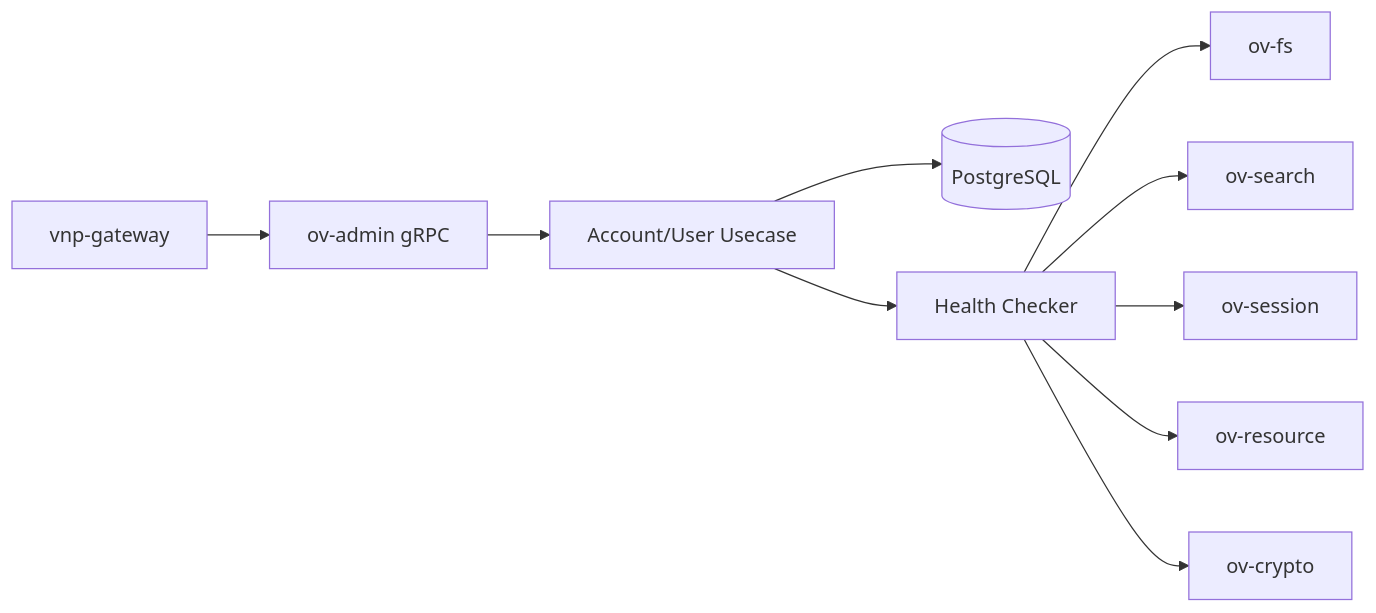
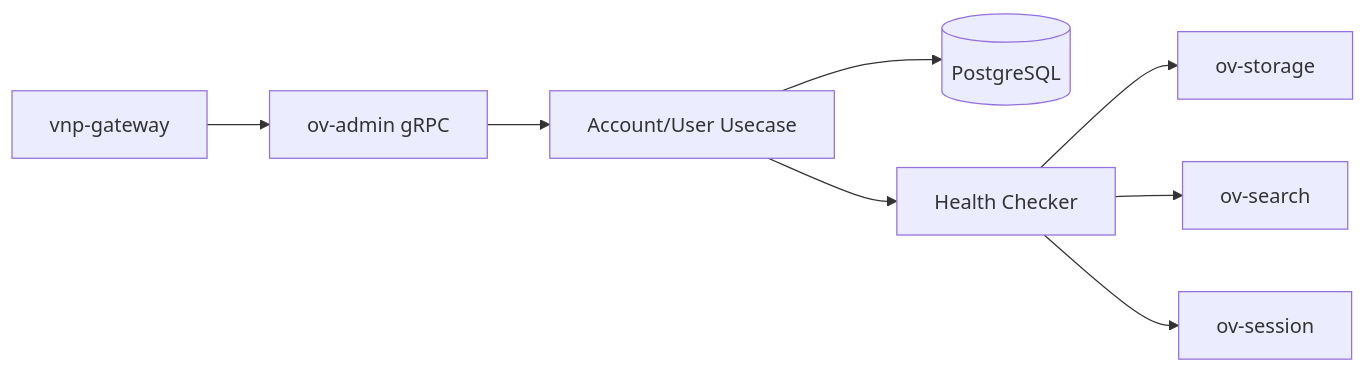
Before and after one commit to blcvn/knowledge-gateway: the diagram in services/ov-admin/docs/architecture.md, drawn with Mermaid. The commit also changed other lines of this file and 1253 other files, not shown here.

````diff
--- a/services/ov-admin/docs/architecture.md
+++ b/services/ov-admin/docs/architecture.md
@@ -97,12 +97,10 @@
 ```mermaid
 graph LR
     G[vnp-gateway] --> AD[ov-admin gRPC]
     AD --> UC[Account/User Usecase]
     UC --> PG[(PostgreSQL)]
     UC --> HC[Health Checker]
-    HC --> FS[ov-fs]
+    HC --> OS[ov-storage]
     HC --> SR[ov-search]
     HC --> SS[ov-session]
-    HC --> RS[ov-resource]
-    HC --> CR[ov-crypto]
 ```
````
